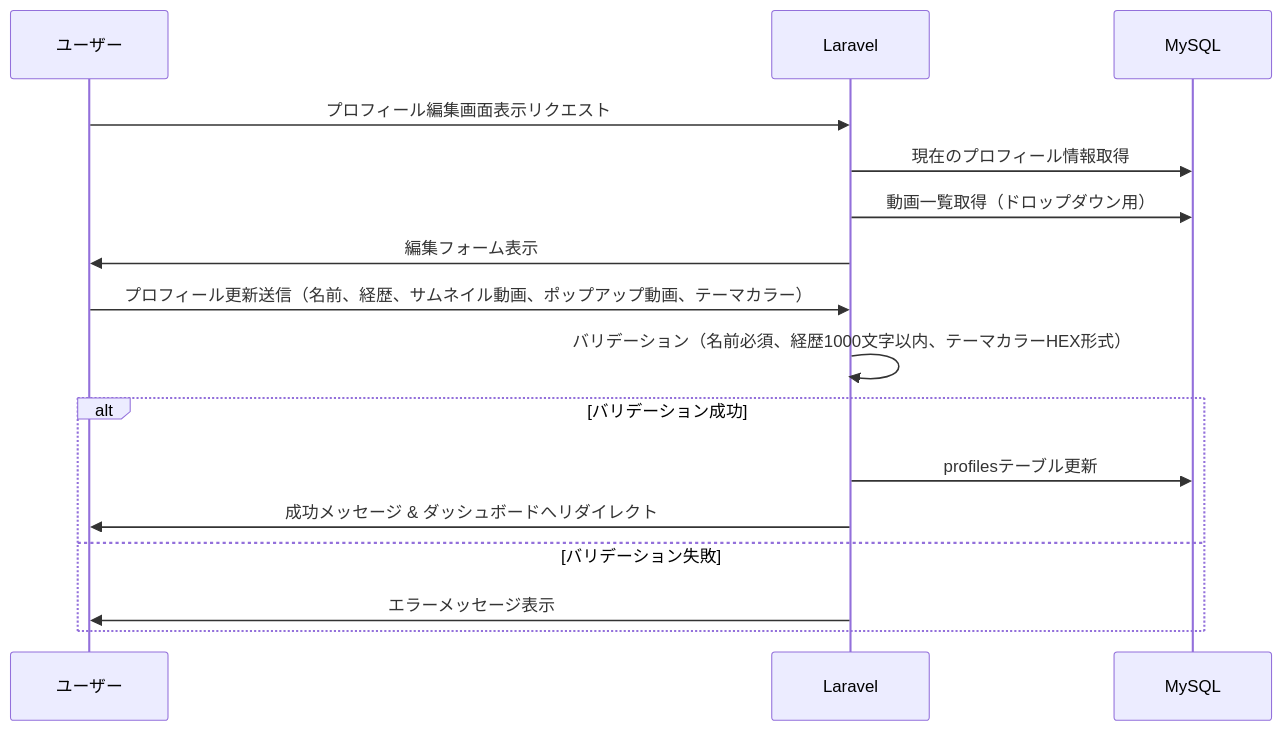
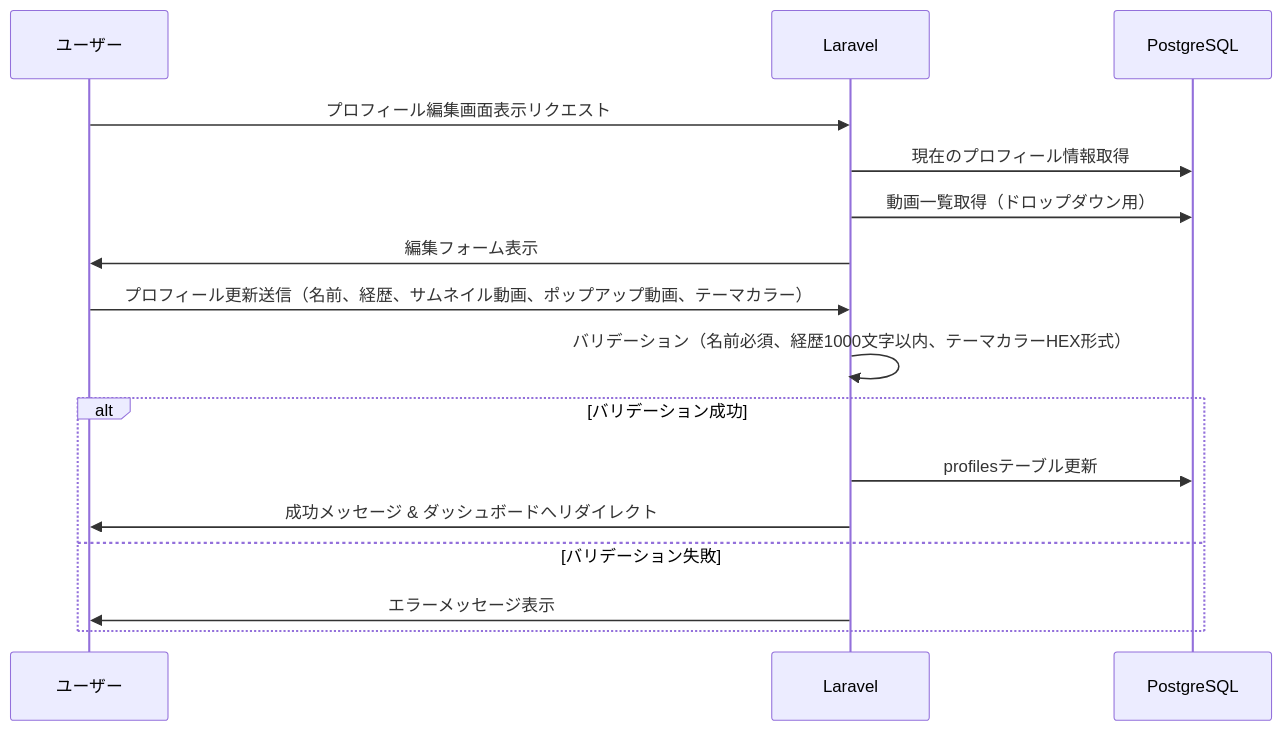
The third of 9 diagrams in docs/design-docs/05_data_flow.md (tetsu2026/movie-profile), drawn with Mermaid before and after one commit. The commit also changed other lines of this file and 5 other files, not shown here.

First line of the commit message:
docs: PostgreSQL 単一DB構成への移行を設計書へ反映

````diff
--- a/docs/design-docs/05_data_flow.md
+++ b/docs/design-docs/05_data_flow.md
@@ -45,20 +45,20 @@
 ```mermaid
 sequenceDiagram
     participant U as ユーザー
     participant L as Laravel
-    participant DB as MySQL
+    participant DB as PostgreSQL
 
     U->>L: プロフィール編集画面表示リクエスト
     L->>DB: 現在のプロフィール情報取得
     L->>DB: 動画一覧取得（ドロップダウン用）
     L->>U: 編集フォーム表示
 
     U->>L: プロフィール更新送信（名前、経歴、サムネイル動画、ポップアップ動画、テーマカラー）
     L->>L: バリデーション（名前必須、経歴1000文字以内、テーマカラーHEX形式）
     alt バリデーション成功
         L->>DB: profilesテーブル更新
         L->>U: 成功メッセージ & ダッシュボードへリダイレクト
     else バリデーション失敗
         L->>U: エラーメッセージ表示
     end
 ```
````
